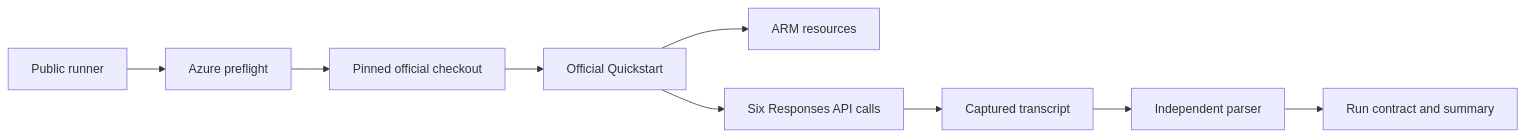
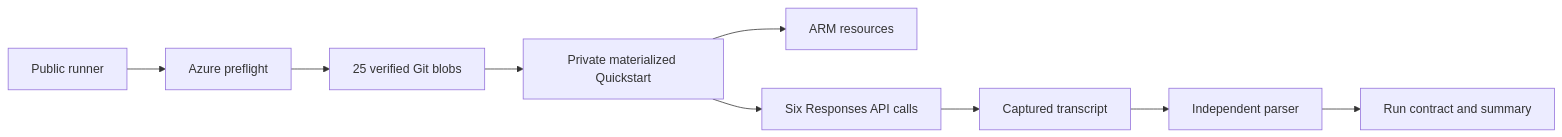
The diagram in Agents/Azure-Context-Cache-E2E-Validation/docs/METHOD.md (david-xinyuwei/david-share), drawn with Mermaid before and after one commit. The commit also changed other lines of this file and 23 other files, not shown here.

````diff
--- a/Agents/Azure-Context-Cache-E2E-Validation/docs/METHOD.md
+++ b/Agents/Azure-Context-Cache-E2E-Validation/docs/METHOD.md
@@ -11,11 +11,11 @@
 ```mermaid
 flowchart LR
     A[Public runner] --> B[Azure preflight]
-    B --> C[Pinned official checkout]
-    C --> D[Official Quickstart]
+    B --> C[25 verified Git blobs]
+    C --> D[Private materialized Quickstart]
     D --> E[ARM resources]
     D --> F[Six Responses API calls]
     F --> G[Captured transcript]
     G --> H[Independent parser]
     H --> I[Run contract and summary]
 ```
````
